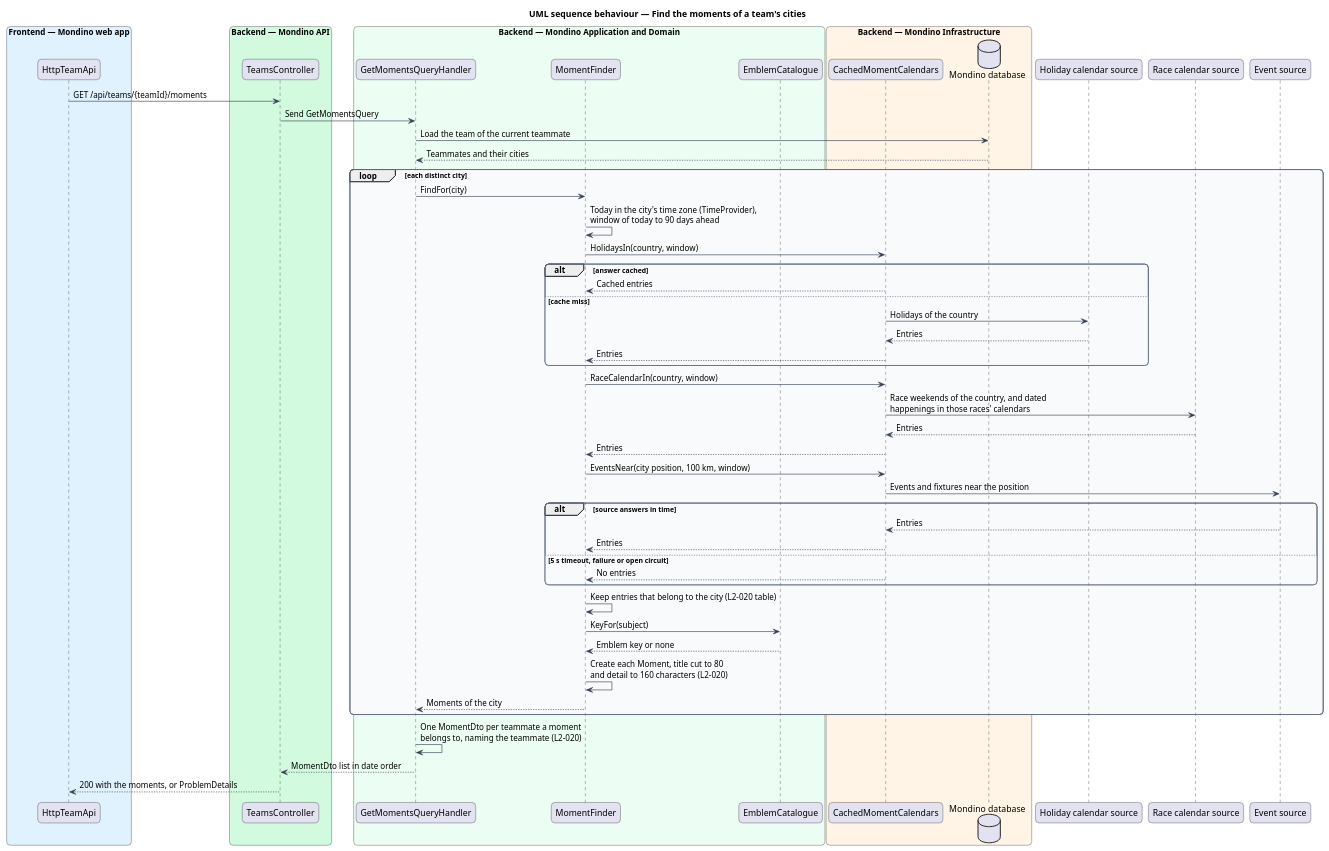
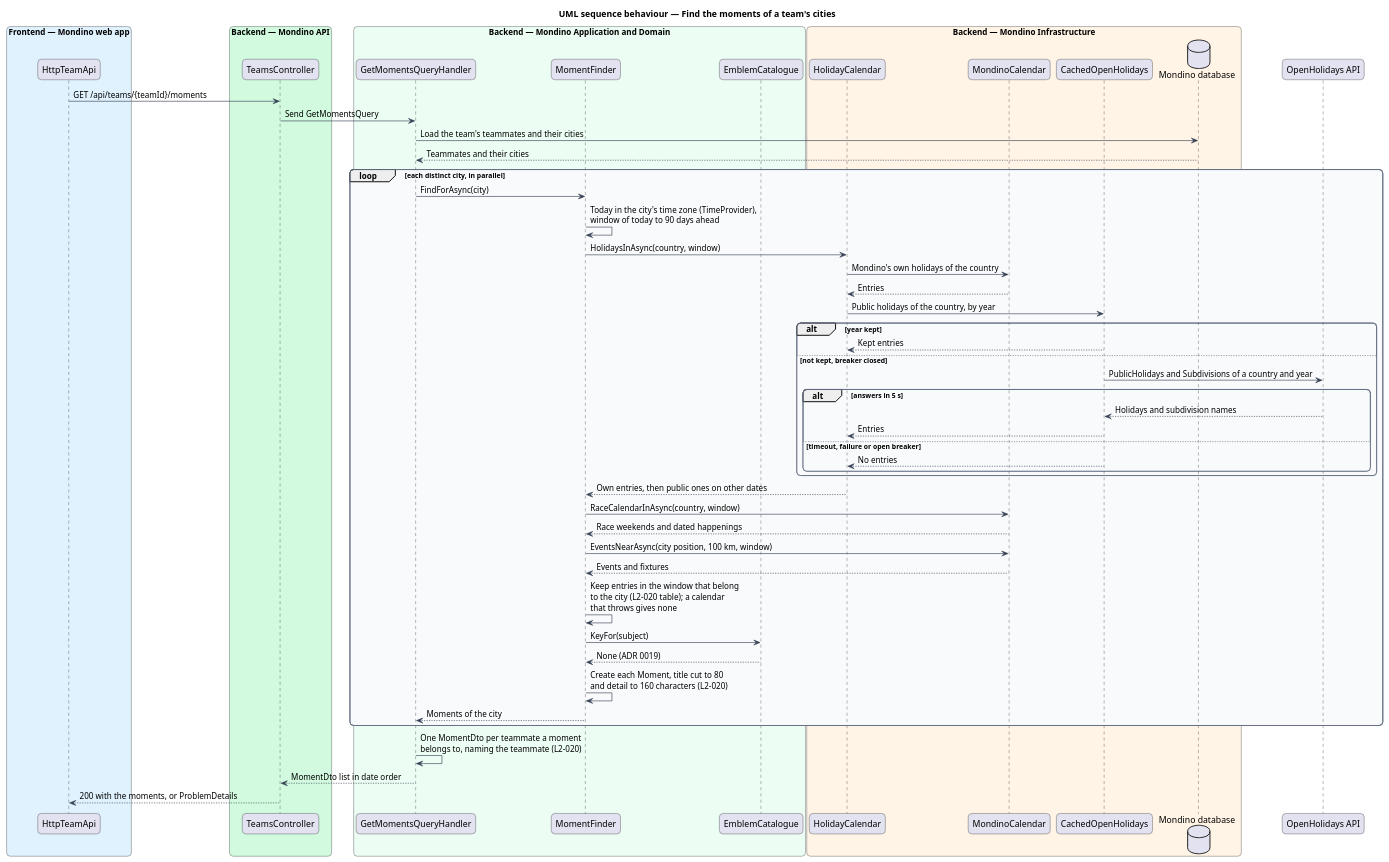
Before and after one commit to QuinntyneBrown/Mondino: the diagram in docs/detailed-designs/moments/find-moments/diagrams/sequence-find-moments.puml, drawn with PlantUML. The commit also changed 18 other files, not shown here.

First line of the commit message:
Choose the moment calendars and bring the find-moments design in line

```diff
--- a/docs/detailed-designs/moments/find-moments/diagrams/sequence-find-moments.puml
+++ b/docs/detailed-designs/moments/find-moments/diagrams/sequence-find-moments.puml
@@ -1,72 +1,72 @@
 @startuml
 title UML sequence behaviour — Find the moments of a team's cities
 skinparam backgroundColor #FFFFFF
 skinparam shadowing false
 skinparam roundcorner 12
 skinparam defaultFontName Arial
 skinparam ArrowColor #344054
 skinparam rectangle {
   BorderColor #344054
   FontColor #101828
 }
 skinparam package {
   BorderColor #667085
   FontColor #101828
   BackgroundColor #F9FAFB
 }
 box "Frontend — Mondino web app" #E0F2FE
   participant "HttpTeamApi" as client
 end box
 box "Backend — Mondino API" #D1FADF
   participant "TeamsController" as controller
 end box
 box "Backend — Mondino Application and Domain" #ECFDF3
   participant "GetMomentsQueryHandler" as handler
   participant "MomentFinder" as finder
   participant "EmblemCatalogue" as emblems
 end box
 box "Backend — Mondino Infrastructure" #FFF4E5
-  participant "CachedMomentCalendars" as cache
+  participant "HolidayCalendar" as holidays
+  participant "MondinoCalendar" as own
+  participant "CachedOpenHolidays" as cache
   database "Mondino database" as db
 end box
-participant "Holiday calendar source" as holidays
-participant "Race calendar source" as races
-participant "Event source" as events
+participant "OpenHolidays API" as source
 
 client -> controller : GET /api/teams/{teamId}/moments
 controller -> handler : Send GetMomentsQuery
-handler -> db : Load the team of the current teammate
+handler -> db : Load the team's teammates and their cities
 db --> handler : Teammates and their cities
-loop each distinct city
-  handler -> finder : FindFor(city)
+loop each distinct city, in parallel
+  handler -> finder : FindForAsync(city)
   finder -> finder : Today in the city's time zone (TimeProvider),\nwindow of today to 90 days ahead
-  finder -> cache : HolidaysIn(country, window)
-  alt answer cached
-    cache --> finder : Cached entries
-  else cache miss
-    cache -> holidays : Holidays of the country
-    holidays --> cache : Entries
-    cache --> finder : Entries
+  finder -> holidays : HolidaysInAsync(country, window)
+  holidays -> own : Mondino's own holidays of the country
+  own --> holidays : Entries
+  holidays -> cache : Public holidays of the country, by year
+  alt year kept
+    cache --> holidays : Kept entries
+  else not kept, breaker closed
+    cache -> source : PublicHolidays and Subdivisions of a country and year
+    alt answers in 5 s
+      source --> cache : Holidays and subdivision names
+      cache --> holidays : Entries
+    else timeout, failure or open breaker
+      cache --> holidays : No entries
+    end
   end
-  finder -> cache : RaceCalendarIn(country, window)
-  cache -> races : Race weekends of the country, and dated\nhappenings in those races' calendars
-  races --> cache : Entries
-  cache --> finder : Entries
-  finder -> cache : EventsNear(city position, 100 km, window)
-  cache -> events : Events and fixtures near the position
-  alt source answers in time
-    events --> cache : Entries
-    cache --> finder : Entries
-  else 5 s timeout, failure or open circuit
-    cache --> finder : No entries
-  end
-  finder -> finder : Keep entries that belong to the city (L2-020 table)
+  holidays --> finder : Own entries, then public ones on other dates
+  finder -> own : RaceCalendarInAsync(country, window)
+  own --> finder : Race weekends and dated happenings
+  finder -> own : EventsNearAsync(city position, 100 km, window)
+  own --> finder : Events and fixtures
+  finder -> finder : Keep entries in the window that belong\nto the city (L2-020 table); a calendar\nthat throws gives none
   finder -> emblems : KeyFor(subject)
-  emblems --> finder : Emblem key or none
+  emblems --> finder : None (ADR 0019)
   finder -> finder : Create each Moment, title cut to 80\nand detail to 160 characters (L2-020)
   finder --> handler : Moments of the city
 end
 handler -> handler : One MomentDto per teammate a moment\nbelongs to, naming the teammate (L2-020)
 handler --> controller : MomentDto list in date order
 controller --> client : 200 with the moments, or ProblemDetails
 @enduml
```
